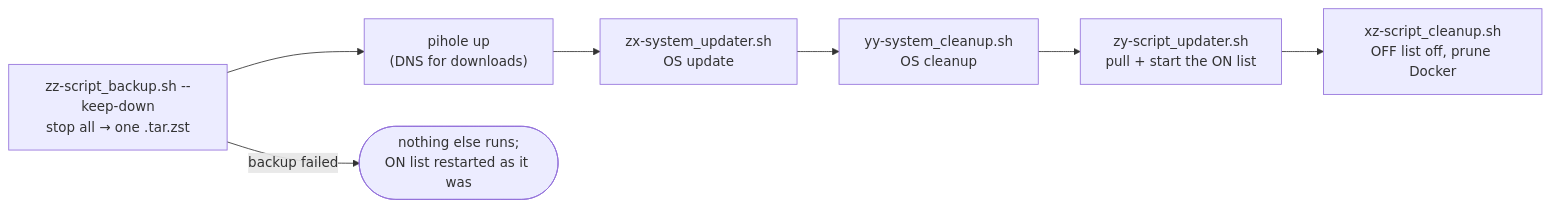
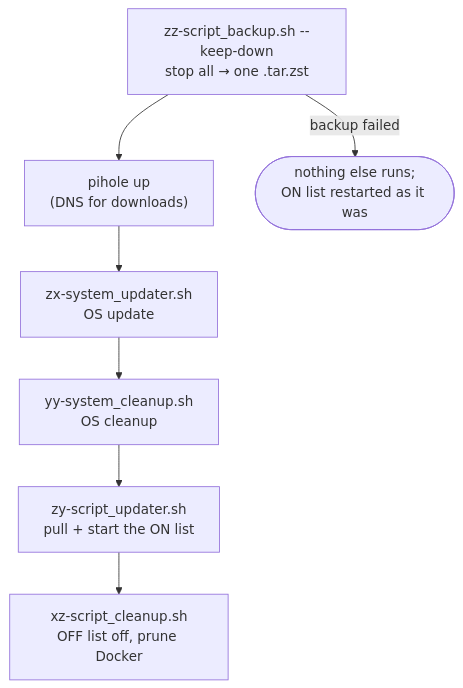
One commit to spaceadler/scripts changed the first of 2 diagrams in README.md. Above: the diagram before and after it, drawn with Mermaid.

Commit message:
docs: diagrams flow top-to-bottom where they were too wide for GitHub's frame

````diff
--- a/README.md
+++ b/README.md
@@ -17,9 +17,9 @@
 ```mermaid
-flowchart LR
+flowchart TB
     bk["zz-script_backup.sh --keep-down<br/>stop all → one .tar.zst"] --> dns["pihole up<br/>(DNS for downloads)"]
     dns --> os["zx-system_updater.sh<br/>OS update"]
     os --> cl["yy-system_cleanup.sh<br/>OS cleanup"]
     cl --> up["zy-script_updater.sh<br/>pull + start the ON list"]
     up --> pr["xz-script_cleanup.sh<br/>OFF list off, prune Docker"]
     bk -->|"backup failed"| safe(["nothing else runs;<br/>ON list restarted as it was"])
 ```
````
